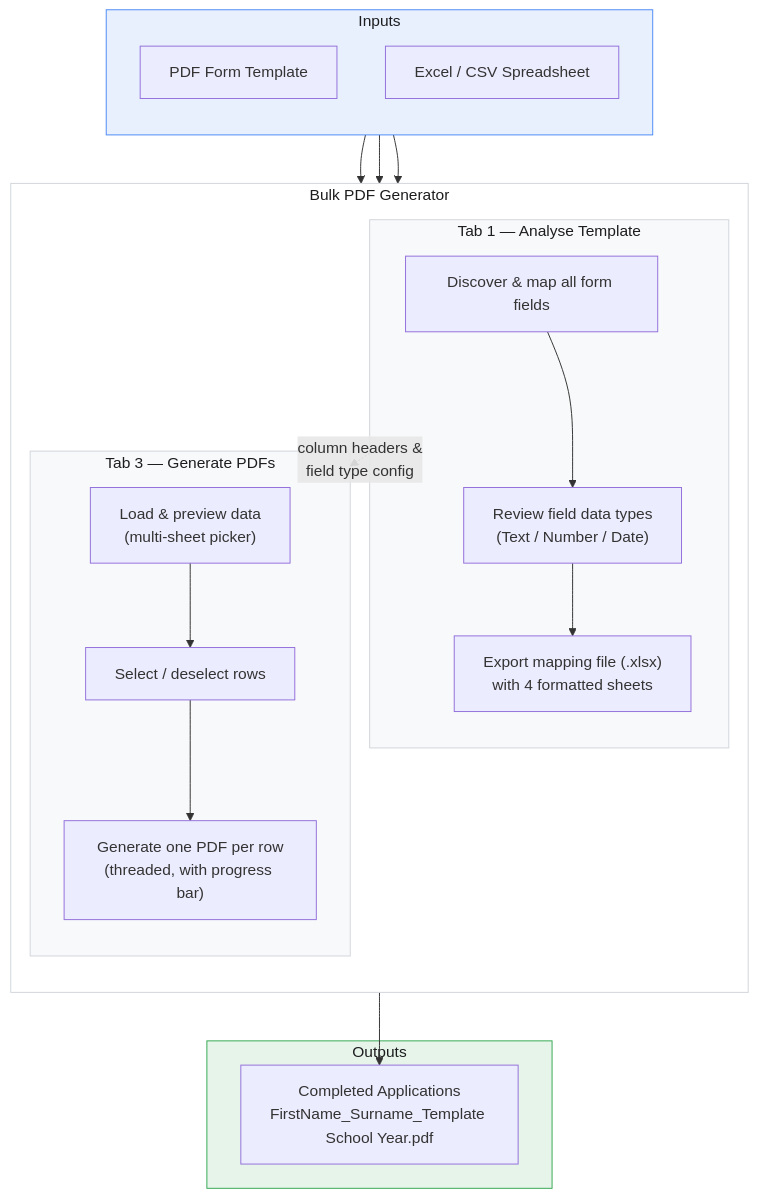
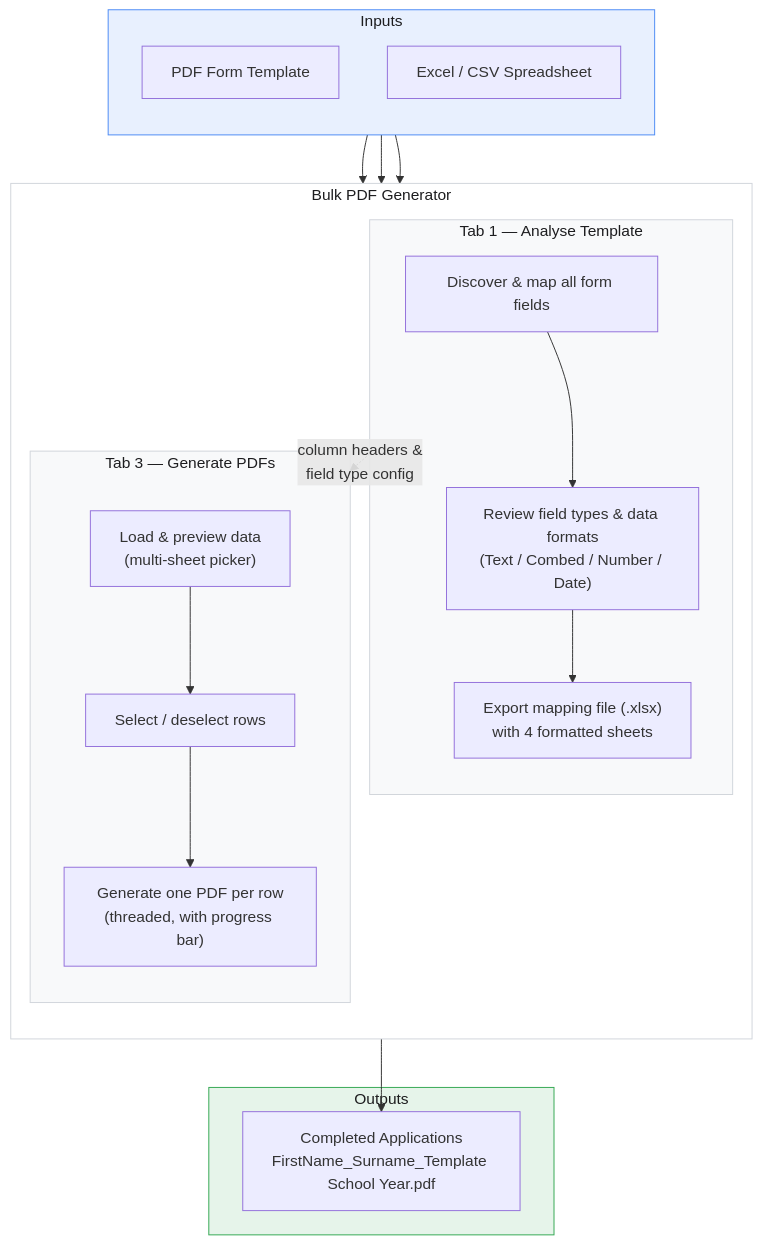
Before and after one commit to mrdavearms/bulk-pdf-extractor-and-generator: the first of 2 diagrams in README.md, drawn with Mermaid. The commit also changed other lines of this file and 2 other files, not shown here.

````diff
--- a/README.md
+++ b/README.md
@@ -54,43 +54,43 @@
 ```mermaid
 flowchart TB
     subgraph inputs ["Inputs"]
         direction TB
         PDF["PDF Form Template"]
         XLS["Excel / CSV Spreadsheet"]
     end
 
     subgraph app ["Bulk PDF Generator"]
         direction TB
 
         subgraph tab1 ["Tab 1 — Analyse Template"]
             Analyse["Discover & map all form fields"]
-            Audit["Review field data types\n(Text / Number / Date)"]
+            Audit["Review field types & data formats\n(Text / Combed / Number / Date)"]
             Export["Export mapping file (.xlsx)\nwith 4 formatted sheets"]
             Analyse --> Audit --> Export
         end
 
         subgraph tab3 ["Tab 3 — Generate PDFs"]
             Load["Load & preview data\n(multi-sheet picker)"]
             Select["Select / deselect rows"]
             Gen["Generate one PDF per row\n(threaded, with progress bar)"]
             Load --> Select --> Gen
         end
 
         tab1 -. "column headers &\nfield type config" .-> tab3
     end
 
     subgraph outputs ["Outputs"]
         Folder["Completed Applications\nFirstName_Surname_Template School Year.pdf"]
     end
 
     PDF --> Analyse
     PDF --> Gen
     XLS --> Load
     Gen --> Folder
 
     style inputs fill:#e8f0fe,stroke:#4c8bf5,color:#1d1d1f
     style app fill:#ffffff,stroke:#d1d5db,color:#1d1d1f
     style outputs fill:#e6f4ea,stroke:#34a853,color:#1d1d1f
     style tab1 fill:#f8f9fa,stroke:#d1d5db,color:#1d1d1f
     style tab3 fill:#f8f9fa,stroke:#d1d5db,color:#1d1d1f
 ```
````
